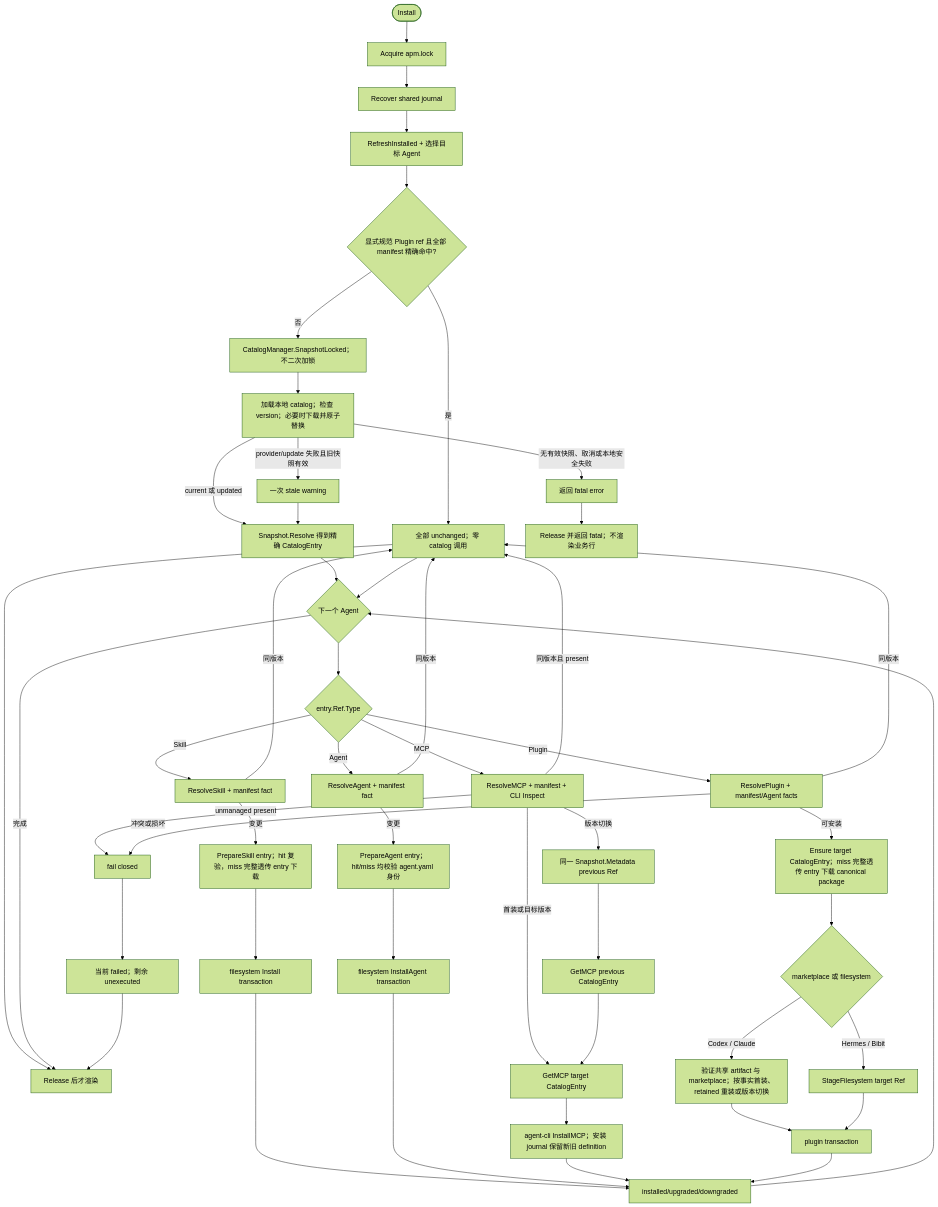
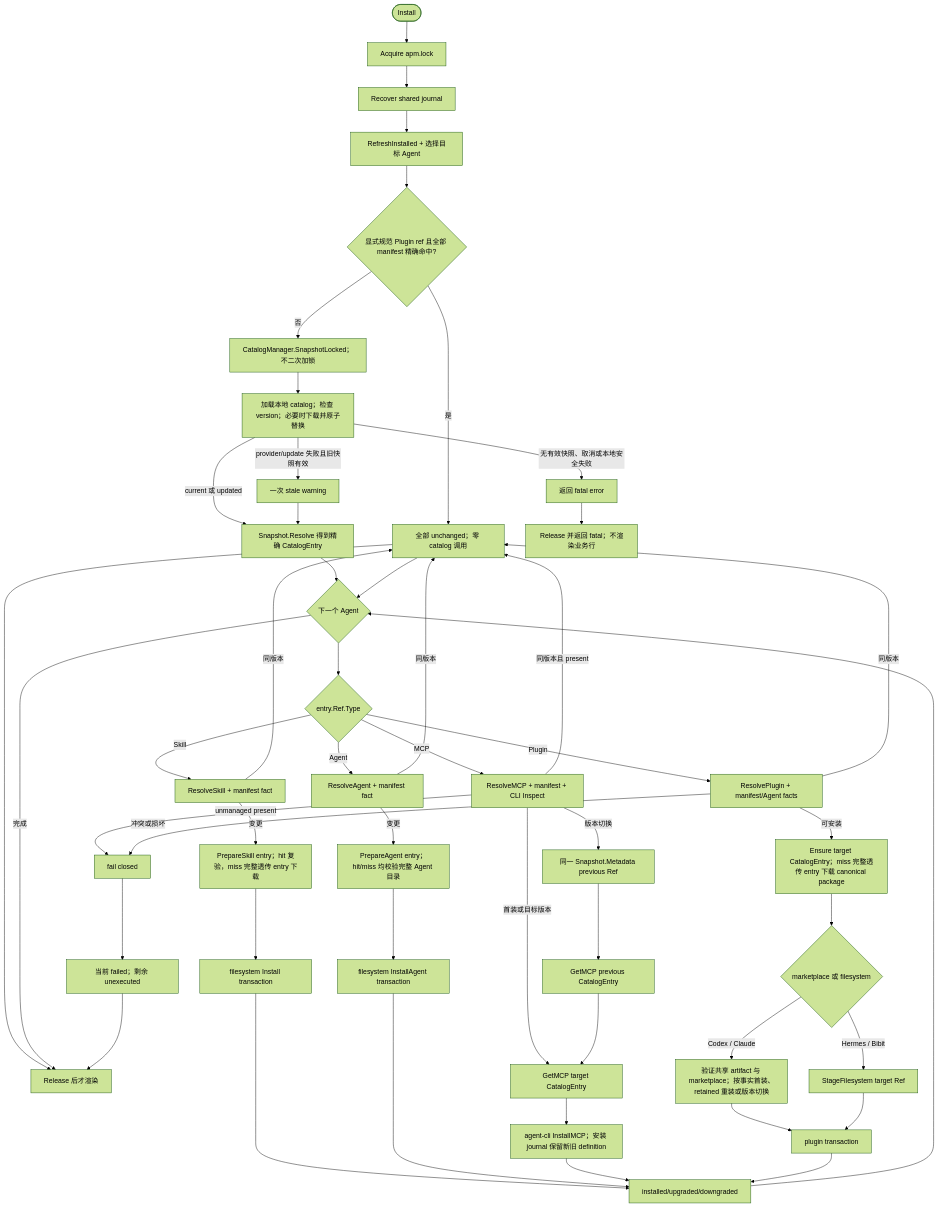
One commit to spacemit-com/agent-power-manager changed the diagram in ivory-tower/c4/components/apm-cli-lifecycle-diagrams/install.mmd. Above: the diagram before and after it, drawn with Mermaid (forest theme). The commit also changed 12 other files, not shown here.

```diff
--- a/ivory-tower/c4/components/apm-cli-lifecycle-diagrams/install.mmd
+++ b/ivory-tower/c4/components/apm-cli-lifecycle-diagrams/install.mmd
@@ -1,52 +1,52 @@
 flowchart TD
     Start([Install]) --> Lock[Acquire apm.lock]
     Lock --> Recover[Recover shared journal]
     Recover --> Refresh[RefreshInstalled + 选择目标 Agent]
     Refresh --> ExactPlugin{显式规范 Plugin ref 且全部 manifest 精确命中?}
     ExactPlugin -->|是| Unchanged[全部 unchanged；零 catalog 调用] --> Release
     ExactPlugin -->|否| Snapshot[CatalogManager.SnapshotLocked；不二次加锁]
     Snapshot --> Sync[加载本地 catalog；检查 version；必要时下载并原子替换]
     Sync -->|provider/update 失败且旧快照有效| Stale[一次 stale warning]
     Sync -->|无有效快照、取消或本地安全失败| Fatal[返回 fatal error]
     Sync -->|current 或 updated| Resolve[Snapshot.Resolve 得到精确 CatalogEntry]
     Stale --> Resolve
     Resolve --> AgentLoop{下一个 Agent}
     AgentLoop --> Type{entry.Ref.Type}
 
     Type -->|Skill| SkillFact[ResolveSkill + manifest fact]
     SkillFact -->|同版本| Unchanged
     SkillFact -->|变更| SkillCache[PrepareSkill entry；hit 复验，miss 完整透传 entry 下载]
     SkillCache --> SkillTx[filesystem Install transaction]
 
     Type -->|Agent| AgentFact[ResolveAgent + manifest fact]
     AgentFact -->|同版本| Unchanged
-    AgentFact -->|变更| AgentCache[PrepareAgent entry；hit/miss 均校验 agent.yaml 身份]
+    AgentFact -->|变更| AgentCache[PrepareAgent entry；hit/miss 均校验完整 Agent 目录]
     AgentCache --> AgentTx[filesystem InstallAgent transaction]
 
     Type -->|MCP| MCPFact[ResolveMCP + manifest + CLI Inspect]
     MCPFact -->|同版本且 present| Unchanged
     MCPFact -->|unmanaged present| BusinessFail[fail closed]
     MCPFact -->|首装或目标版本| MCPGet[GetMCP target CatalogEntry]
     MCPFact -->|版本切换| Previous[同一 Snapshot.Metadata previous Ref] --> MCPPrevious[GetMCP previous CatalogEntry] --> MCPGet
     MCPGet --> MCPTx[agent-cli InstallMCP；安装 journal 保留新旧 definition]
 
     Type -->|Plugin| PluginFact[ResolvePlugin + manifest/Agent facts]
     PluginFact -->|同版本| Unchanged
     PluginFact -->|冲突或损坏| BusinessFail
     PluginFact -->|可安装| PluginEnsure[Ensure target CatalogEntry；miss 完整透传 entry 下载 canonical package]
     PluginEnsure --> PluginMode{marketplace 或 filesystem}
     PluginMode -->|Codex / Claude| Marketplace[验证共享 artifact 与 marketplace；按事实首装、retained 重装或版本切换]
     PluginMode -->|Hermes / Bibit| Filesystem[StageFilesystem target Ref]
     Marketplace --> PluginTx[plugin transaction]
     Filesystem --> PluginTx
 
     SkillTx --> Outcome[installed/upgraded/downgraded]
     AgentTx --> Outcome
     MCPTx --> Outcome
     PluginTx --> Outcome
     Unchanged --> AgentLoop
     Outcome --> AgentLoop
     BusinessFail --> Batch[当前 failed；剩余 unexecuted]
     AgentLoop -->|完成| Release[Release 后才渲染]
     Batch --> Release
     Fatal --> ReleaseError[Release 并返回 fatal；不渲染业务行]
```
